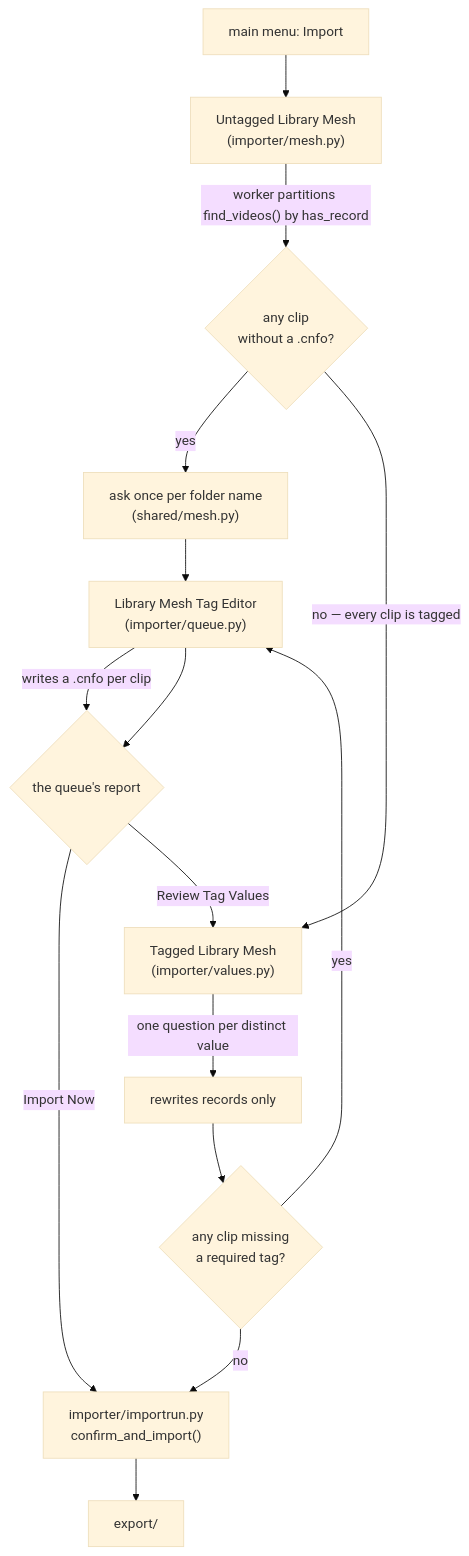
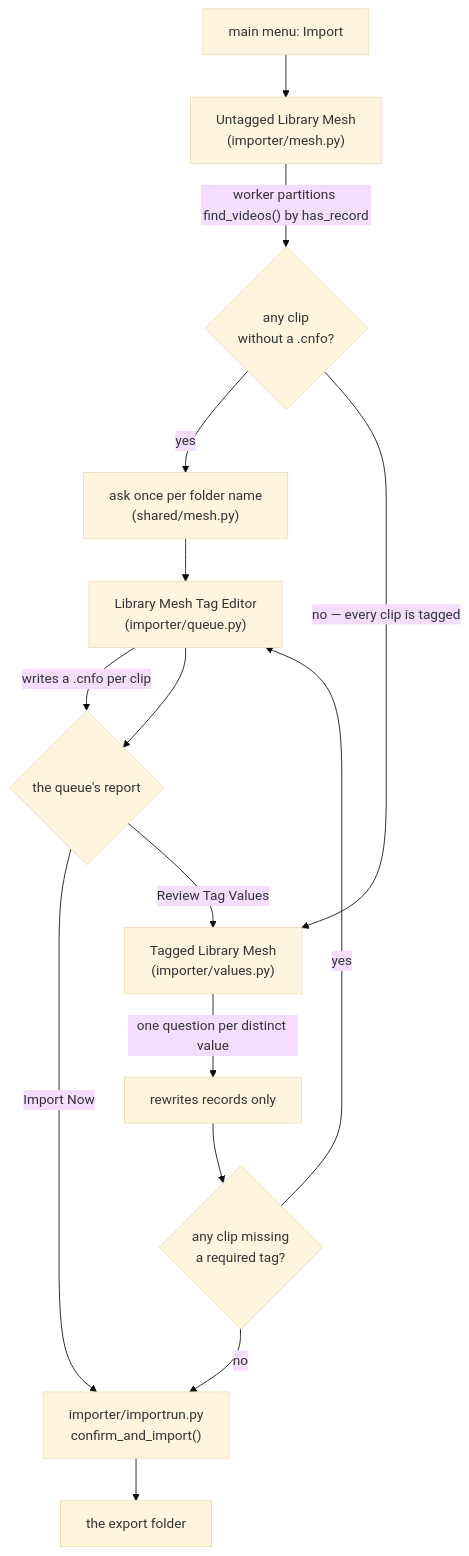
The first of 2 diagrams in docs/importing.md (trafficman/commcut), drawn with Mermaid (base theme) before and after one commit. The commit also changed other lines of this file and 25 other files, not shown here.

Commit message:
#43, implement ability for user to change export folder

````diff
--- a/docs/importing.md
+++ b/docs/importing.md
@@ -34,22 +48,22 @@
 ```mermaid
 flowchart TD
     Menu["main menu: Import"] --> Untagged["Untagged Library Mesh<br/>(importer/mesh.py)"]
 
     Untagged -->|"worker partitions find_videos() by has_record"| Scan{"any clip<br/>without a .cnfo?"}
     Scan -->|yes| Names["ask once per folder name<br/>(shared/mesh.py)"]
     Names --> Queue["Library Mesh Tag Editor<br/>(importer/queue.py)"]
     Queue -->|"writes a .cnfo per clip"| Fork
 
     Scan -->|"no — every clip is tagged"| Values["Tagged Library Mesh<br/>(importer/values.py)"]
 
     Queue --> Fork{"the queue's report"}
     Fork -->|"Import Now"| Run["importer/importrun.py<br/>confirm_and_import()"]
     Fork -->|"Review Tag Values"| Values
 
     Values -->|"one question per distinct value"| Apply["rewrites records only"]
     Apply --> Residue{"any clip missing<br/>a required tag?"}
     Residue -->|yes| Queue
     Residue -->|no| Run
 
-    Run --> Library["export/"]
+    Run --> Library["the export folder"]
 ```
````
